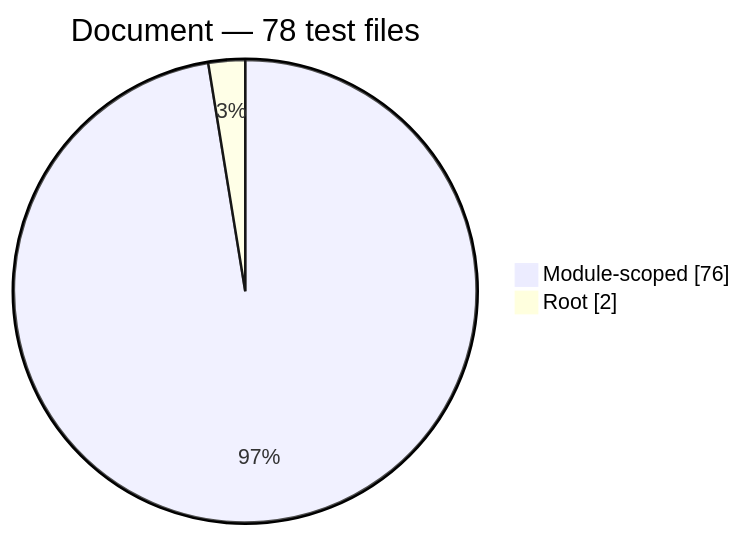
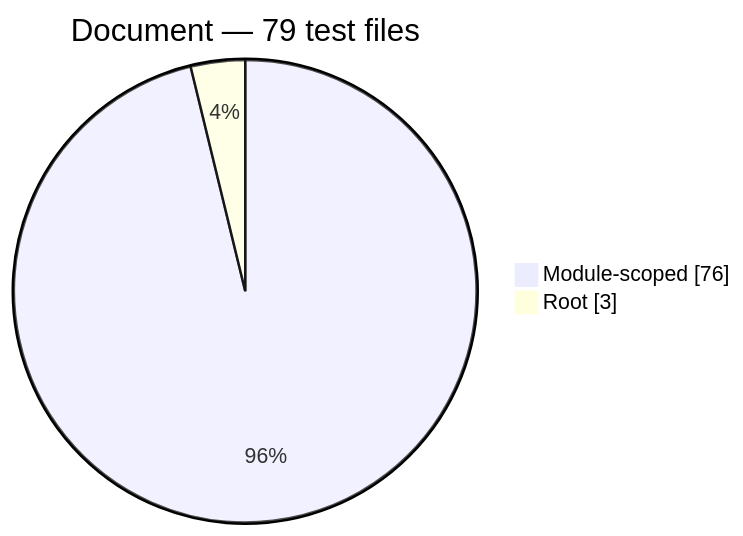
One commit to Mohammed-Alama/php-arazzo changed the third of 7 diagrams in docs/generated/test-composition.md. Above: the diagram before and after it, drawn with Mermaid. The commit also changed other lines of this file and 13 other files, not shown here.

````diff
--- a/docs/generated/test-composition.md
+++ b/docs/generated/test-composition.md
@@ -44,6 +44,6 @@
 ```mermaid
 pie showData
-    title Document — 78 test files
+    title Document — 79 test files
     "Module-scoped": 76
-    "Root": 2
+    "Root": 3
 ```
````
